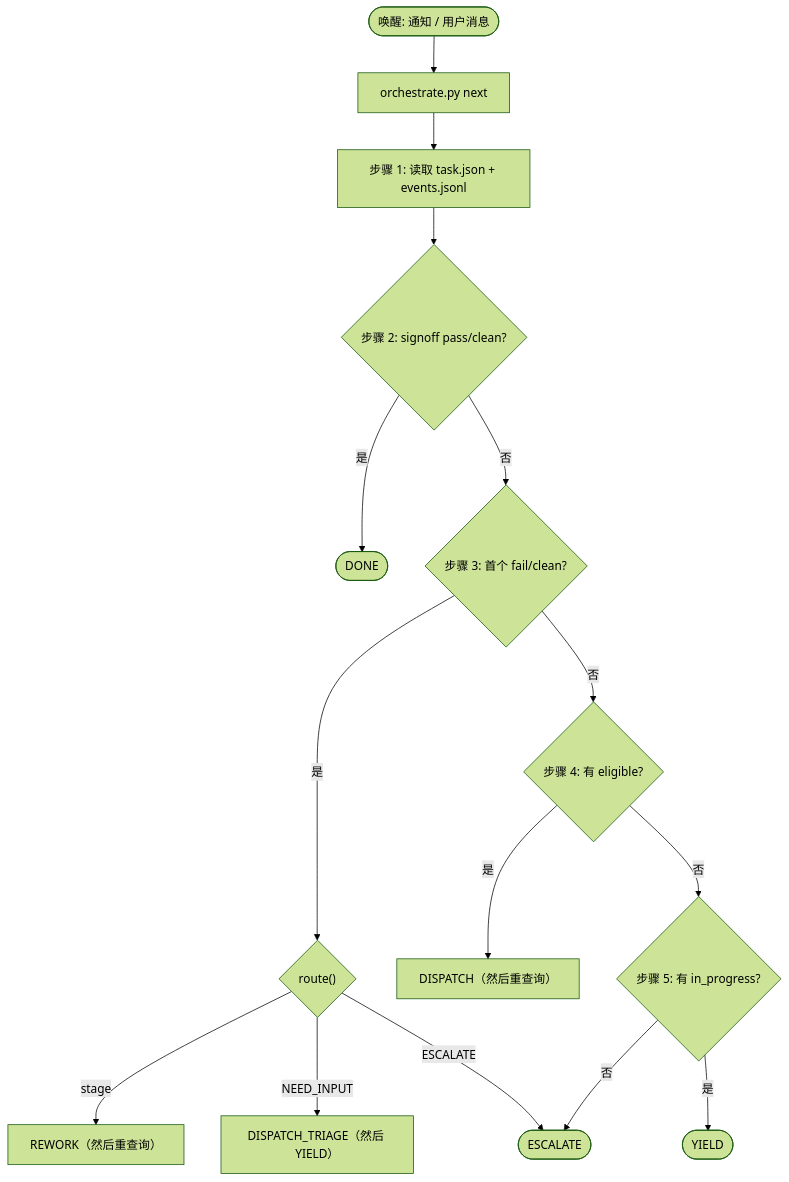
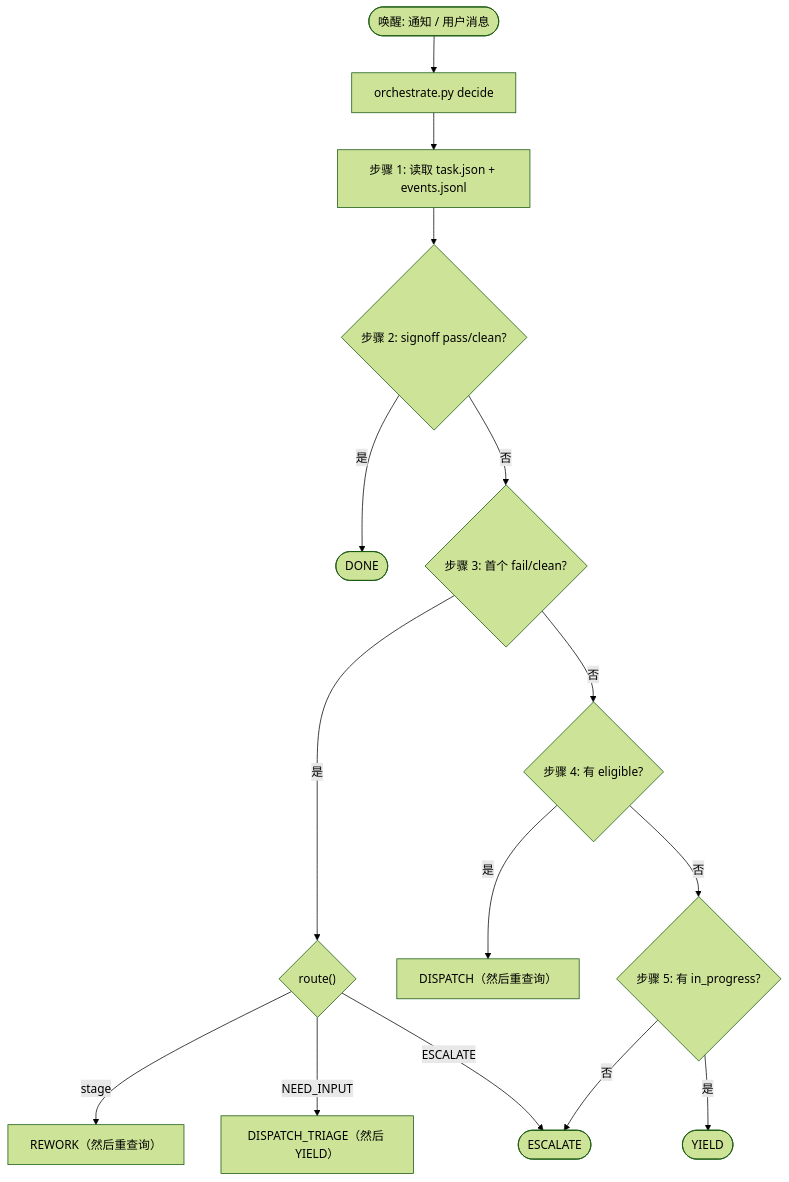
One commit to chipweaver/veripower changed the second of 3 diagrams in ARCHITECTURE.zh.md. Above: the diagram before and after it, drawn with Mermaid (forest theme). The commit also changed other lines of this file and 11 other files, not shown here.

First line of the commit message:
refactor(orchestrate): rename `next` to `decide` across command/function/role

````diff
--- a/ARCHITECTURE.zh.md
+++ b/ARCHITECTURE.zh.md
@@ -348,17 +348,17 @@
 ```mermaid
 flowchart TD
-    W(["唤醒: 通知 / 用户消息"]) --> N["orchestrate.py next"]
+    W(["唤醒: 通知 / 用户消息"]) --> N["orchestrate.py decide"]
     N --> S1["步骤 1: 读取 task.json + events.jsonl"]
     S1 --> S2{"步骤 2: signoff pass/clean?"}
     S2 -- 是 --> DONE(["DONE"])
     S2 -- 否 --> S3{"步骤 3: 首个 fail/clean?"}
     S3 -- 是 --> RT{"route()"}
     RT -- stage --> RW["REWORK（然后重查询）"]
     RT -- NEED_INPUT --> TR["DISPATCH_TRIAGE（然后 YIELD）"]
     RT -- ESCALATE --> ESC(["ESCALATE"])
     S3 -- 否 --> S4{"步骤 4: 有 eligible?"}
     S4 -- 是 --> DSP["DISPATCH（然后重查询）"]
     S4 -- 否 --> S5{"步骤 5: 有 in_progress?"}
     S5 -- 是 --> Y(["YIELD"])
     S5 -- 否 --> ESC
 ```
````
